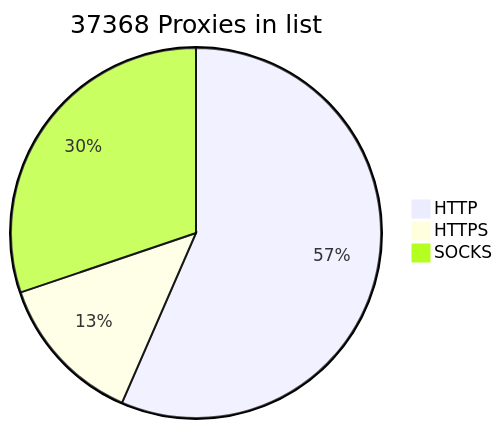
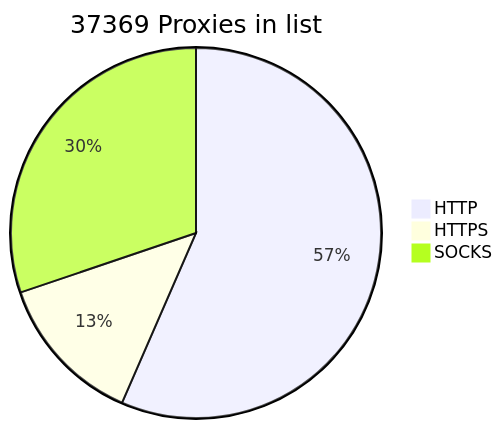
The diagram in README.md (BlackSnowDot/proxylist-update-every-minute), drawn with Mermaid before and after one commit.

````diff
--- a/README.md
+++ b/README.md
@@ -2,6 +2,6 @@
 ```mermaid
-pie title 37368 Proxies in list
+pie title 37369 Proxies in list
     "HTTP" : 23470
     "HTTPS": 5505
-    "SOCKS" : 12534
+    "SOCKS" : 12535
 ```
````
